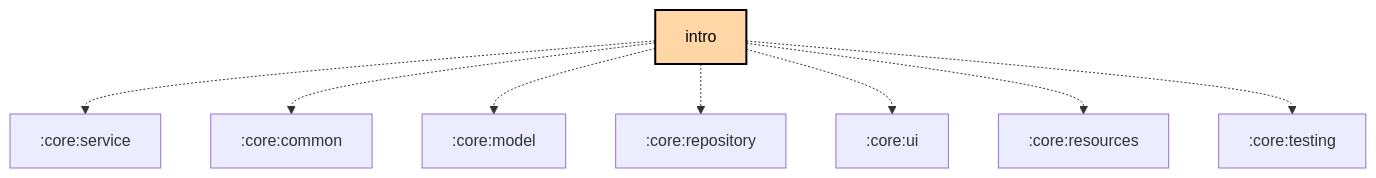
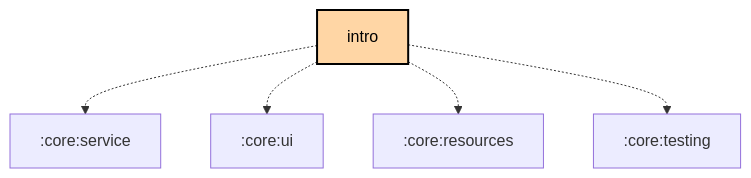
The diagram in feature/intro/README.md (meshtastic/Meshtastic-Android), drawn with Mermaid before and after one commit. The commit also changed 14 other files, not shown here.

First line of the commit message:
chore: Scheduled updates (Graphs, Baseline Profile)

````diff
--- a/feature/intro/README.md
+++ b/feature/intro/README.md
@@ -25,25 +25,22 @@
 ```mermaid
 graph TB
   :feature:intro[intro]:::kmp-feature
   :feature:intro -.-> :core:service
-  :feature:intro -.-> :core:common
-  :feature:intro -.-> :core:model
-  :feature:intro -.-> :core:repository
   :feature:intro -.-> :core:ui
   :feature:intro -.-> :core:resources
   :feature:intro -.-> :core:testing
 
 classDef android-application fill:#CAFFBF,stroke:#000,stroke-width:2px,color:#000;
 classDef android-application-compose fill:#CAFFBF,stroke:#000,stroke-width:2px,color:#000;
 classDef compose-desktop-application fill:#CAFFBF,stroke:#000,stroke-width:2px,color:#000;
 classDef android-feature fill:#FFD6A5,stroke:#000,stroke-width:2px,color:#000;
 classDef android-library fill:#9BF6FF,stroke:#000,stroke-width:2px,color:#000;
 classDef android-library-compose fill:#9BF6FF,stroke:#000,stroke-width:2px,color:#000;
 classDef android-test fill:#A0C4FF,stroke:#000,stroke-width:2px,color:#000;
 classDef jvm-library fill:#BDB2FF,stroke:#000,stroke-width:2px,color:#000;
 classDef kmp-feature fill:#FFD6A5,stroke:#000,stroke-width:2px,color:#000;
 classDef kmp-library-compose fill:#FFC1CC,stroke:#000,stroke-width:2px,color:#000;
 classDef kmp-library fill:#FFC1CC,stroke:#000,stroke-width:2px,color:#000;
 classDef unknown fill:#FFADAD,stroke:#000,stroke-width:2px,color:#000;
 
 ```
````
